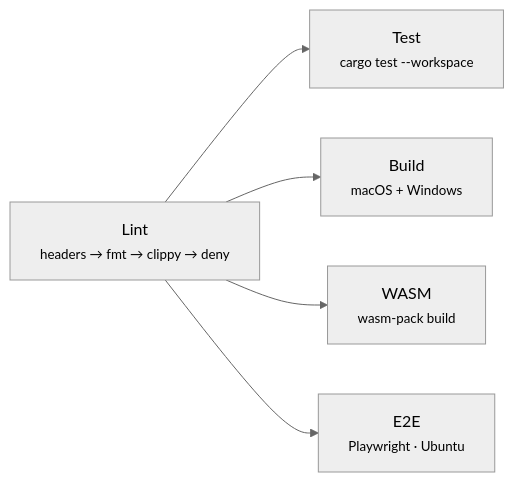
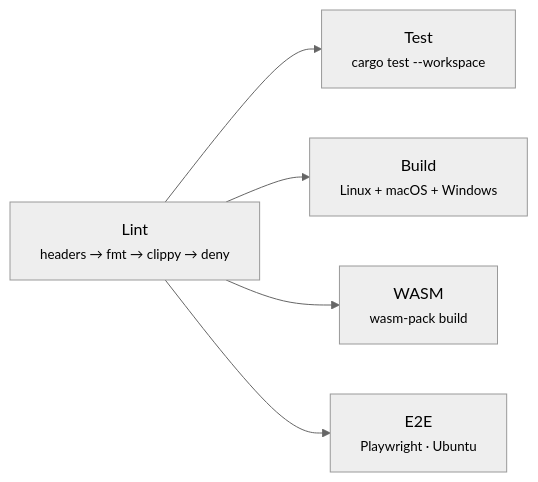
One commit to microsoft/webui changed the diagram in README.md. Above: the diagram before and after it, drawn with Mermaid (neutral theme). The commit also changed other lines of this file and 10 other files, not shown here.

````diff
--- a/README.md
+++ b/README.md
@@ -55,13 +55,13 @@
 ```mermaid
 graph LR
     lint["Lint<br/><small>headers → fmt → clippy → deny</small>"]
     test["Test<br/><small>cargo test --workspace</small>"]
-    build["Build<br/><small>macOS + Windows</small>"]
+    build["Build<br/><small>Linux + macOS + Windows</small>"]
     wasm["WASM<br/><small>wasm-pack build</small>"]
     e2e["E2E<br/><small>Playwright · Ubuntu</small>"]
 
     lint --> test
     lint --> build
     lint --> wasm
     lint --> e2e
 ```
````
